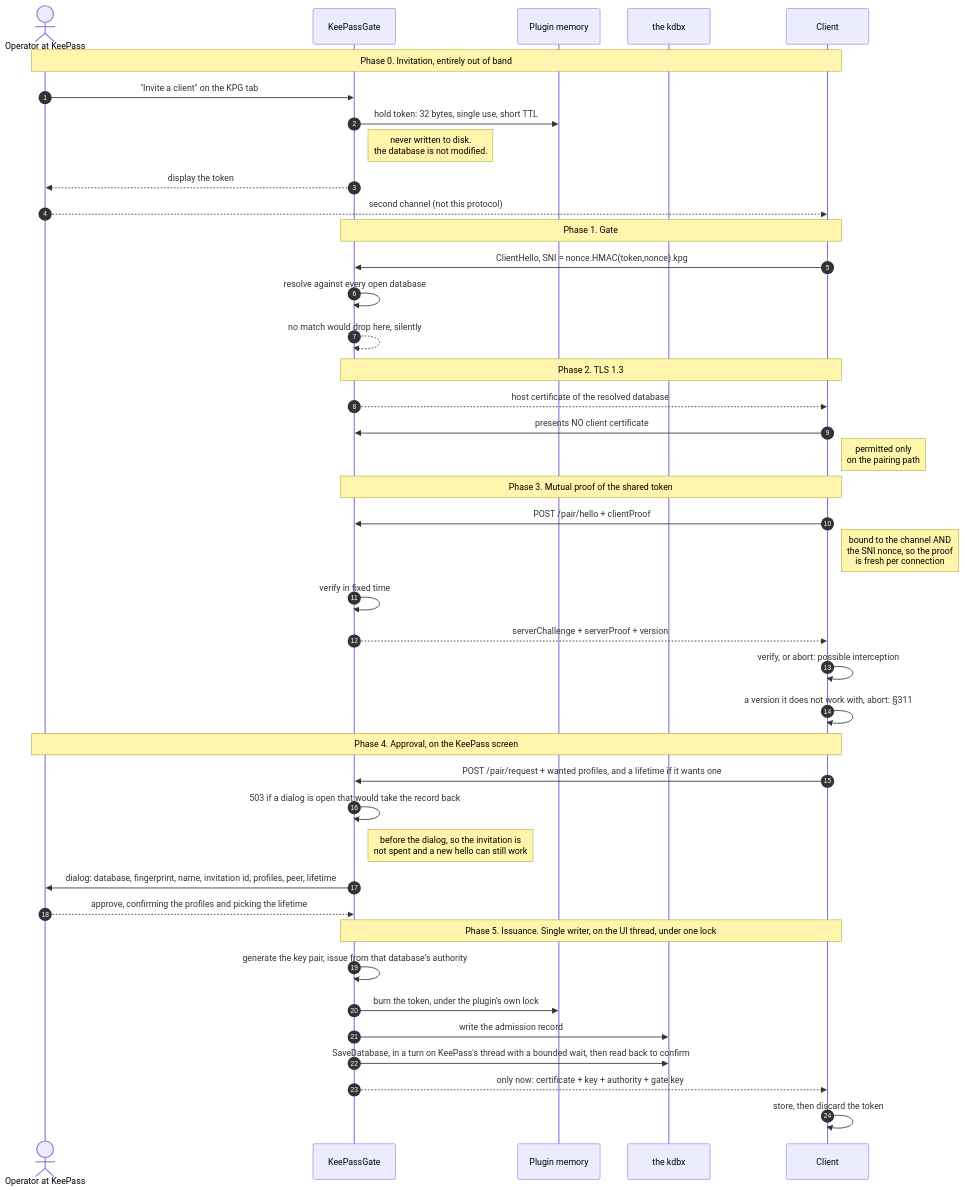
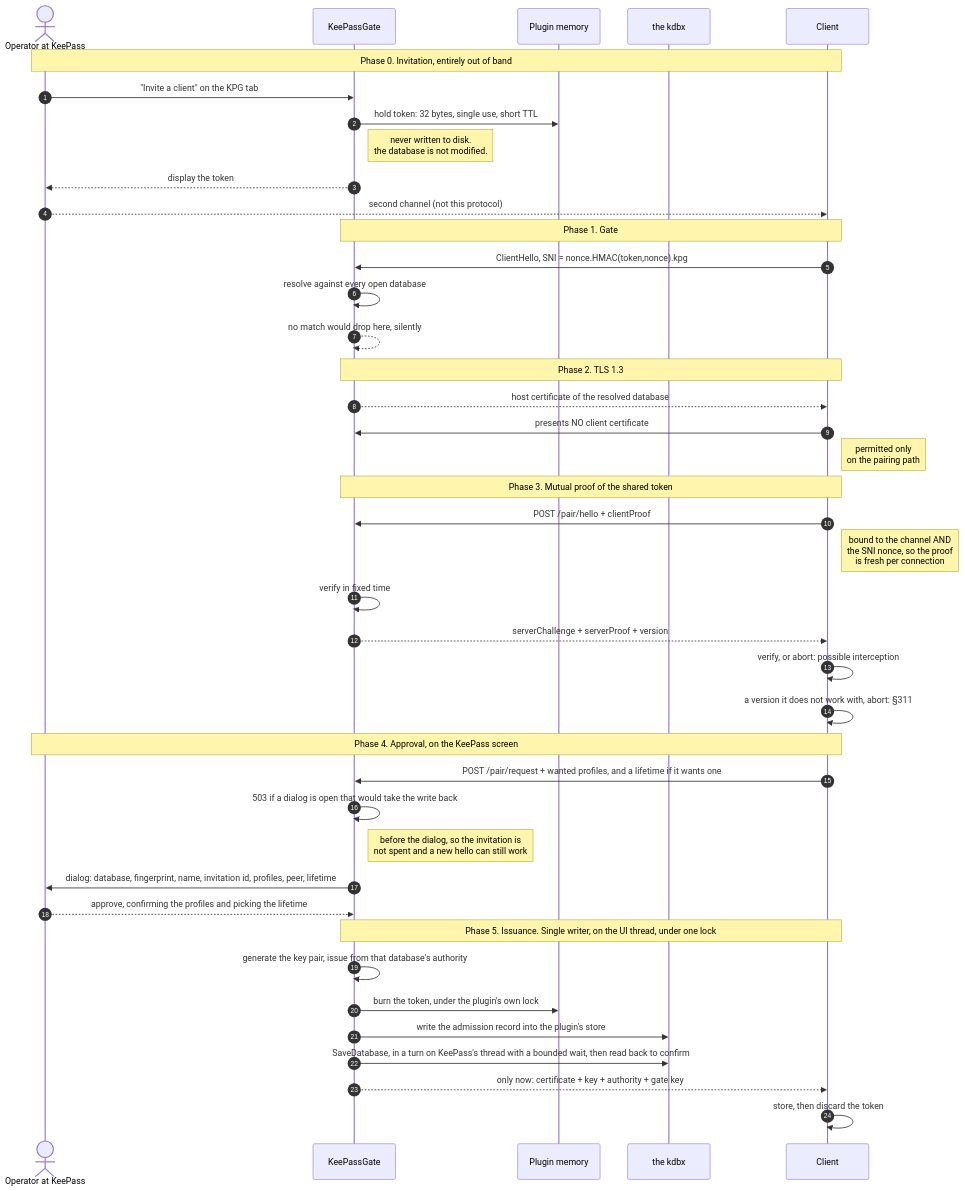
Before and after one commit to mfrnd/KeePassGate: the second of 5 diagrams in PAIRING.md, drawn with Mermaid. The commit also changed other lines of this file and 141 other files, not shown here.

````diff
--- a/PAIRING.md
+++ b/PAIRING.md
@@ -75,49 +75,49 @@
 ```mermaid
 sequenceDiagram
     autonumber
     actor OP as Operator at KeePass
     participant KPG as KeePassGate
     participant MEM as Plugin memory
     participant DB as the kdbx
     participant CL as Client
 
     Note over OP,CL: Phase 0. Invitation, entirely out of band
     OP->>KPG: "Invite a client" on the KPG tab
     KPG->>MEM: hold token: 32 bytes, single use, short TTL
     Note right of KPG: never written to disk.<br/>the database is not modified.
     KPG-->>OP: display the token
     OP-->>CL: second channel (not this protocol)
 
     Note over KPG,CL: Phase 1. Gate
     CL->>KPG: ClientHello, SNI = nonce.HMAC(token,nonce).kpg
     KPG->>KPG: resolve against every open database
     KPG-->>KPG: no match would drop here, silently
 
     Note over KPG,CL: Phase 2. TLS 1.3
     KPG-->>CL: host certificate of the resolved database
     CL->>KPG: presents NO client certificate
     Note right of CL: permitted only<br/>on the pairing path
 
     Note over KPG,CL: Phase 3. Mutual proof of the shared token
     CL->>KPG: POST /pair/hello + clientProof
     Note right of CL: bound to the channel AND<br/>the SNI nonce, so the proof<br/>is fresh per connection
     KPG->>KPG: verify in fixed time
     KPG-->>CL: serverChallenge + serverProof + version
     CL->>CL: verify, or abort: possible interception
     CL->>CL: a version it does not work with, abort: §311
 
     Note over OP,CL: Phase 4. Approval, on the KeePass screen
     CL->>KPG: POST /pair/request + wanted profiles, and a lifetime if it wants one
-    KPG->>KPG: 503 if a dialog is open that would take the record back
+    KPG->>KPG: 503 if a dialog is open that would take the write back
     Note right of KPG: before the dialog, so the invitation is<br/>not spent and a new hello can still work
     KPG->>OP: dialog: database, fingerprint, name, invitation id, profiles, peer, lifetime
     OP-->>KPG: approve, confirming the profiles and picking the lifetime
 
     Note over KPG,CL: Phase 5. Issuance. Single writer, on the UI thread, under one lock
     KPG->>KPG: generate the key pair, issue from that database's authority
     KPG->>MEM: burn the token, under the plugin's own lock
-    KPG->>DB: write the admission record
+    KPG->>DB: write the admission record into the plugin's store
     KPG->>DB: SaveDatabase, in a turn on KeePass's thread with a bounded wait, then read back to confirm
     KPG-->>CL: only now: certificate + key + authority + gate key
     CL->>CL: store, then discard the token
 ```
````
